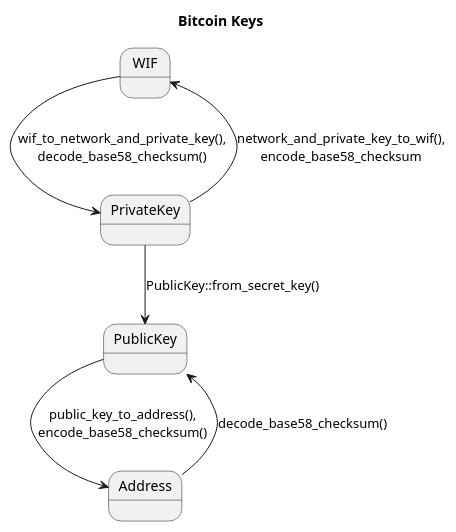
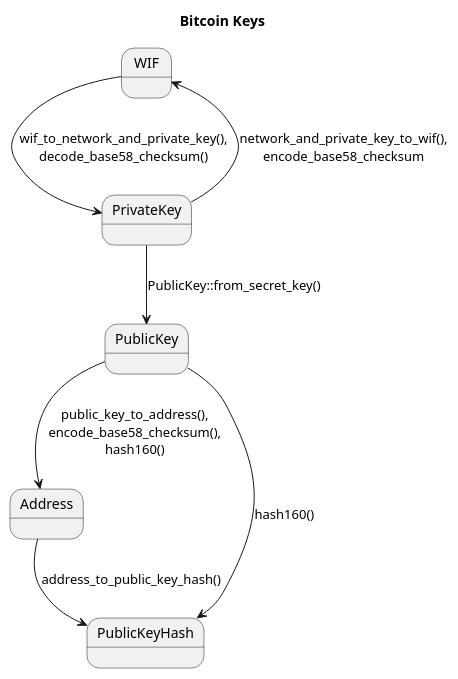
One commit to nchain-innovation/chain-gang changed the diagram in docs/diagrams/keys.puml. Above: the diagram before and after it, drawn with PlantUML. The commit also changed 4 other files, not shown here.

Commit message:
Add public_key_to_address

```diff
--- a/docs/diagrams/keys.puml
+++ b/docs/diagrams/keys.puml
@@ -1,19 +1,20 @@
 @startuml
 title Bitcoin Keys
 
 
 state WIF {
     
 }
 
 WIF --> PrivateKey : wif_to_network_and_private_key(),\ndecode_base58_checksum()
 PrivateKey --> WIF : network_and_private_key_to_wif(),\nencode_base58_checksum
 
 PrivateKey --> PublicKey : PublicKey::from_secret_key()
 
-PublicKey --> Address : public_key_to_address(),\nencode_base58_checksum()
+PublicKey --> Address : public_key_to_address(),\nencode_base58_checksum(),\nhash160()
 
-Address  --> PublicKey : decode_base58_checksum()
+Address  --> PublicKeyHash : address_to_public_key_hash()
 
+PublicKey --> PublicKeyHash : hash160()
 
 @enduml
```
